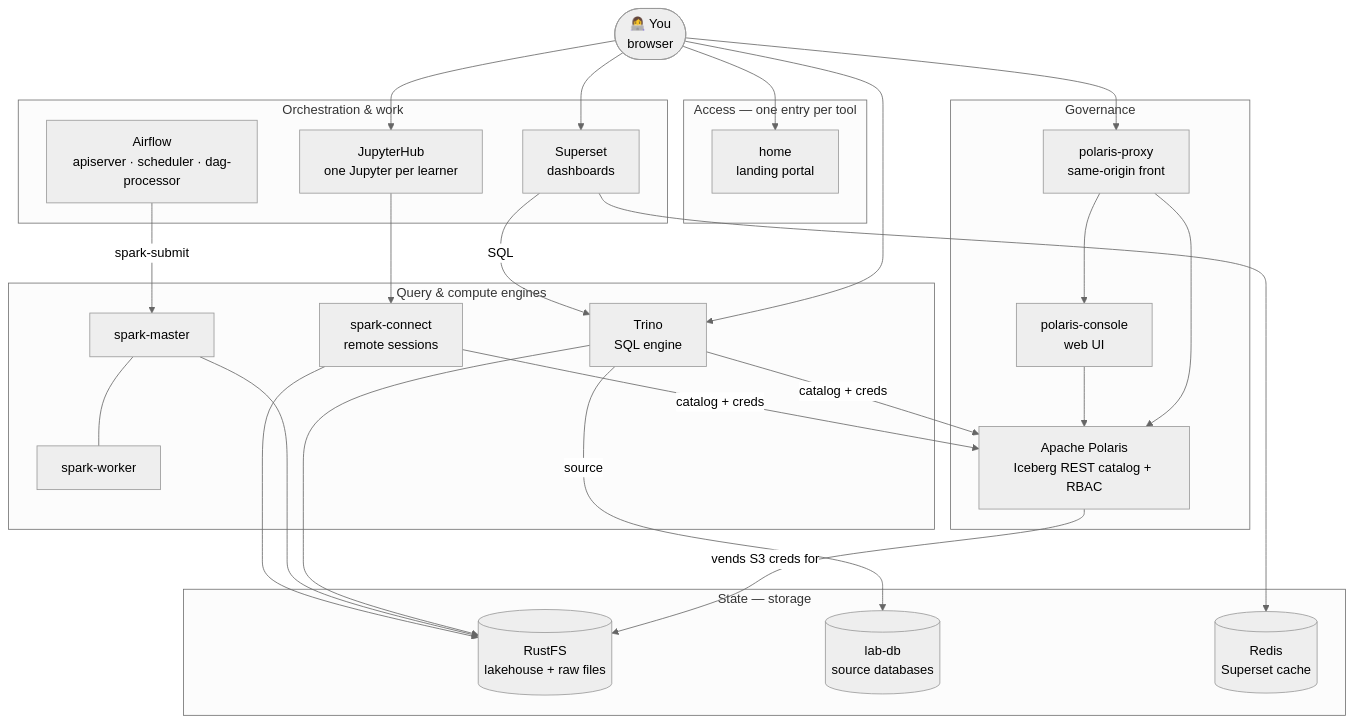
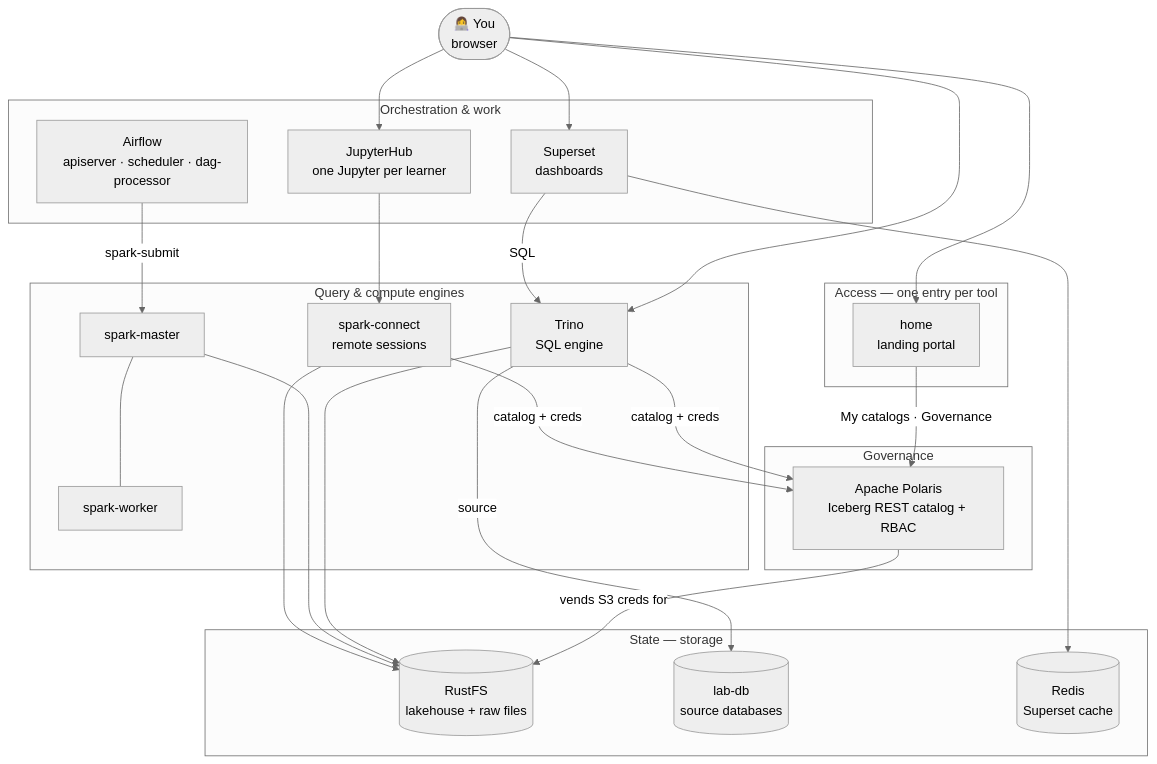
The diagram in training/docs/unit0/stack.md (maarthala/data-engineering-lab), drawn with Mermaid (neutral theme) before and after one commit. The commit also changed other lines of this file and 19 other files, not shown here.

````diff
--- a/training/docs/unit0/stack.md
+++ b/training/docs/unit0/stack.md
@@ -9,51 +9,47 @@
 ```mermaid
 flowchart TB
   USER([👩‍💻 You<br/>browser])
 
   subgraph EDGE["Access — one entry per tool"]
     HOME[home<br/>landing portal]
   end
 
   subgraph GOV["Governance"]
-    PX[polaris-proxy<br/>same-origin front]
-    PC[polaris-console<br/>web UI]
     POL[Apache Polaris<br/>Iceberg REST catalog + RBAC]
-    PX --> PC
-    PX --> POL
-    PC --> POL
   end
 
   subgraph ENG["Query & compute engines"]
     TR[Trino<br/>SQL engine]
     SM[spark-master] --- SW[spark-worker]
     SC[spark-connect<br/>remote sessions]
   end
 
   subgraph ORCH["Orchestration & work"]
     AF[Airflow<br/>apiserver · scheduler · dag-processor]
     JUP[JupyterHub<br/>one Jupyter per learner]
     SUP[Superset<br/>dashboards]
   end
 
   subgraph DATA["State — storage"]
     MIN[(RustFS<br/>lakehouse + raw files)]
     LDB[(lab-db<br/>source databases)]
     RDS[(Redis<br/>Superset cache)]
   end
 
   USER --> HOME
-  USER --> TR & SUP & JUP & PX
+  USER --> TR & SUP & JUP
 
+  HOME -->|My catalogs · Governance| POL
   TR -->|catalog + creds| POL
   SC -->|catalog + creds| POL
   AF -->|spark-submit| SM
   JUP --> SC
   SUP -->|SQL| TR
 
   POL -->|vends S3 creds for| MIN
   TR --> MIN
   SM --> MIN
   SC --> MIN
   TR -->|source| LDB
   SUP --> RDS
 ```
````
